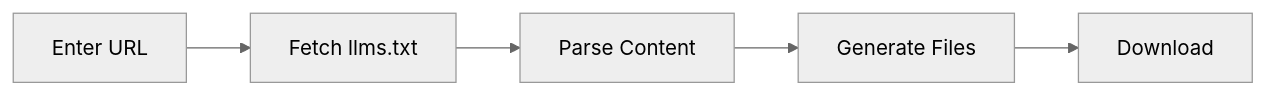
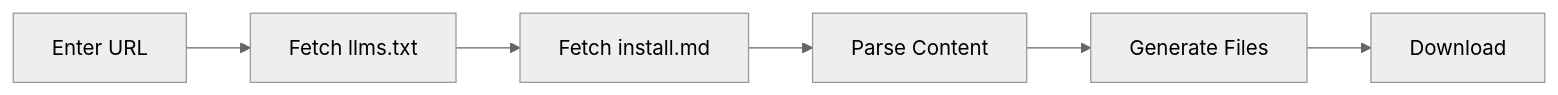
One commit to ajaykumarxo/extract-llms-docs changed the diagram in docs-site/docs/overview.md. Above: the diagram before and after it, drawn with Mermaid (neutral theme). The commit also changed other lines of this file and 8 other files, not shown here.

````diff
--- a/docs-site/docs/overview.md
+++ b/docs-site/docs/overview.md
@@ -20,7 +40,8 @@
 ```mermaid
 flowchart LR
     A[Enter URL] --> B[Fetch llms.txt]
-    B --> C[Parse Content]
-    C --> D[Generate Files]
-    D --> E[Download]
+    B --> C[Fetch install.md]
+    C --> D[Parse Content]
+    D --> E[Generate Files]
+    E --> F[Download]
 ```
````
